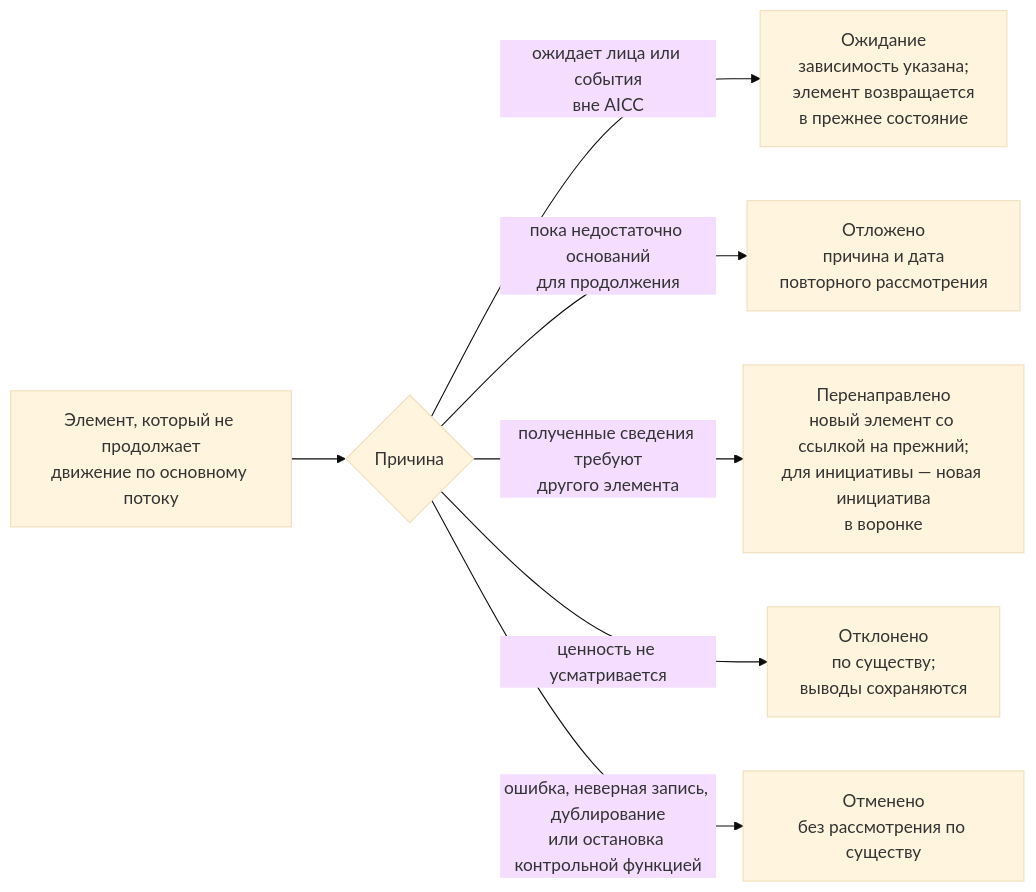
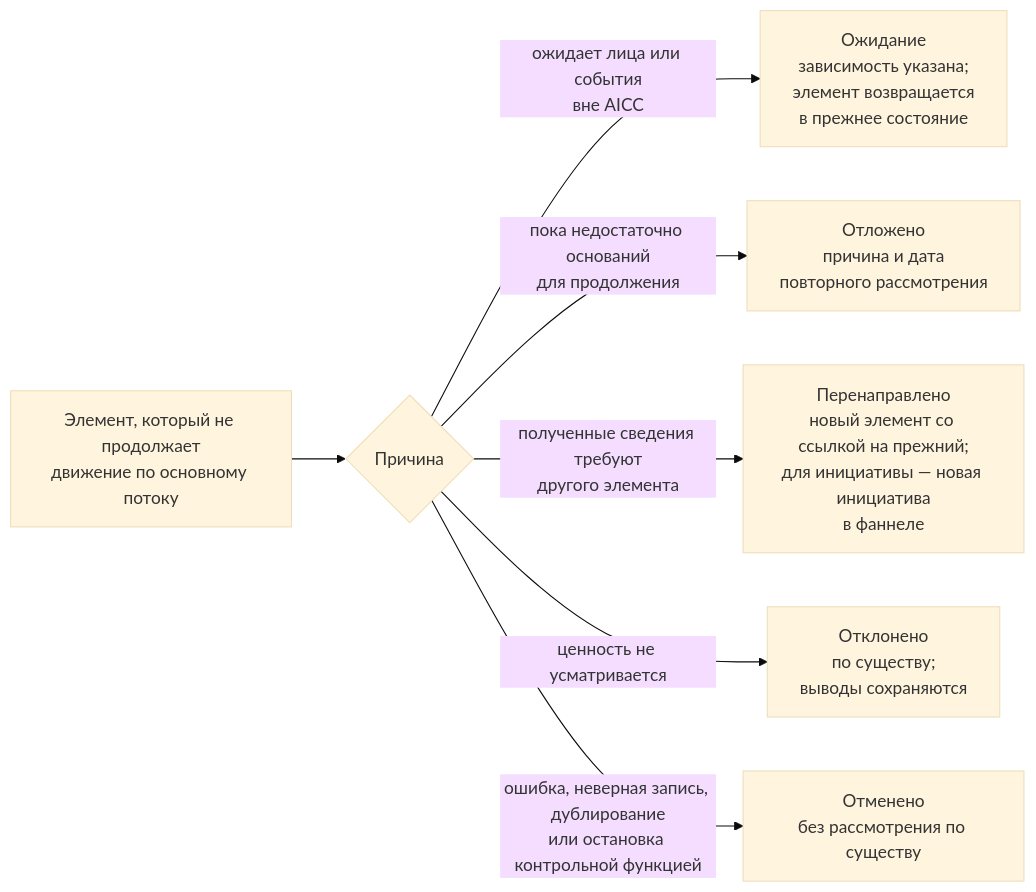
The fourth of 5 diagrams in charter/ru/guides/service-delivery-guide.md (devhogu/ob-aicc), drawn with Mermaid (base theme) before and after one commit. The commit also changed other lines of this file and 96 other files, not shown here.

````diff
--- a/charter/ru/guides/service-delivery-guide.md
+++ b/charter/ru/guides/service-delivery-guide.md
@@ -80,9 +80,9 @@
 ```mermaid
 flowchart LR
   IT["Элемент, который не продолжает<br/>движение по основному потоку"] --> Q{"Причина"}
   Q -->|"ожидает лица или события<br/>вне AICC"| WT["Ожидание<br/>зависимость указана;<br/>элемент возвращается<br/>в прежнее состояние"]
   Q -->|"пока недостаточно оснований<br/>для продолжения"| DF["Отложено<br/>причина и дата<br/>повторного рассмотрения"]
-  Q -->|"полученные сведения требуют<br/>другого элемента"| PV["Перенаправлено<br/>новый элемент со ссылкой на прежний;<br/>для инициативы — новая инициатива<br/>в воронке"]
+  Q -->|"полученные сведения требуют<br/>другого элемента"| PV["Перенаправлено<br/>новый элемент со ссылкой на прежний;<br/>для инициативы — новая инициатива<br/>в фаннеле"]
   Q -->|"ценность не усматривается"| RJ["Отклонено<br/>по существу;<br/>выводы сохраняются"]
   Q -->|"ошибка, неверная запись, дублирование<br/>или остановка контрольной функцией"| CN["Отменено<br/>без рассмотрения по существу"]
 ```
````
